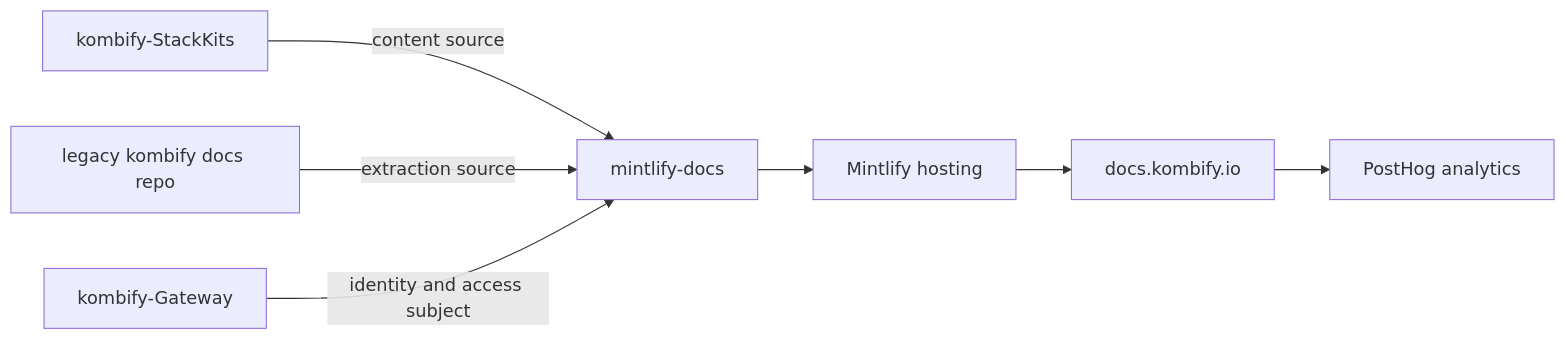
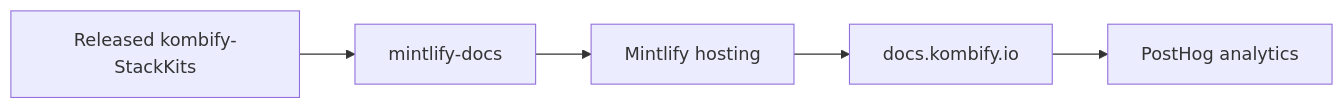
Before and after one commit to KombiverseLabs/mintlify-docs: the diagram in README.md, drawn with Mermaid. The commit also changed other lines of this file and 147 other files, not shown here.

First line of the commit message:
docs: reset public surface to released StackKits (#49)

````diff
--- a/README.md
+++ b/README.md
@@ -86,9 +54,7 @@
 ```mermaid
 flowchart LR
-  SK["kombify-StackKits"] -- "content source" --> Docs["mintlify-docs"]
-  Legacy["legacy kombify docs repo"] -- "extraction source" --> Docs
-  GW["kombify-Gateway"] -- "identity and access subject" --> Docs
+  SK["Released kombify-StackKits"] --> Docs["mintlify-docs"]
   Docs --> Mint["Mintlify hosting"]
   Mint --> Site["docs.kombify.io"]
   Site --> PH["PostHog analytics"]
 ```
````
